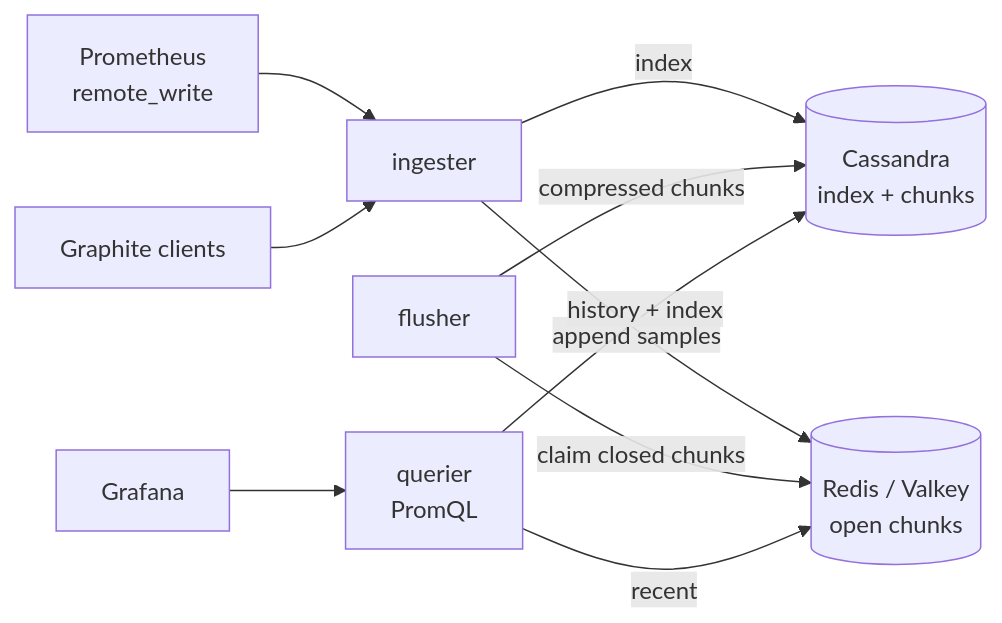
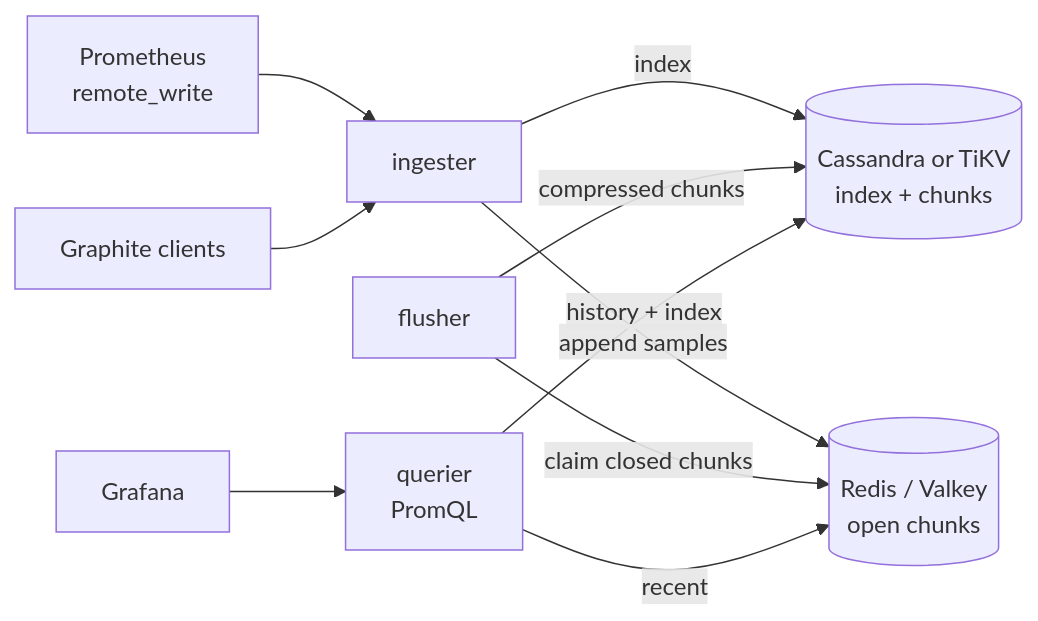
Before and after one commit to yuuki/xtsdb: the diagram in README.md, drawn with Mermaid. The commit also changed other lines of this file and 26 other files, not shown here.

````diff
--- a/README.md
+++ b/README.md
@@ -43,12 +48,12 @@
 ```mermaid
 flowchart LR
     P[Prometheus<br/>remote_write] --> I
     G[Graphite clients] --> I
-    I[ingester] -- index --> C[(Cassandra<br/>index + chunks)]
+    I[ingester] -- index --> C[(Cassandra or TiKV<br/>index + chunks)]
     I -- append samples --> R[(Redis / Valkey<br/>open chunks)]
     F[flusher] -- claim closed chunks --> R
     F -- compressed chunks --> C
     Q[querier<br/>PromQL] -- recent --> R
     Q -- history + index --> C
     Gr[Grafana] --> Q
 ```
````
